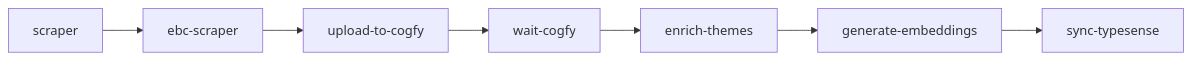
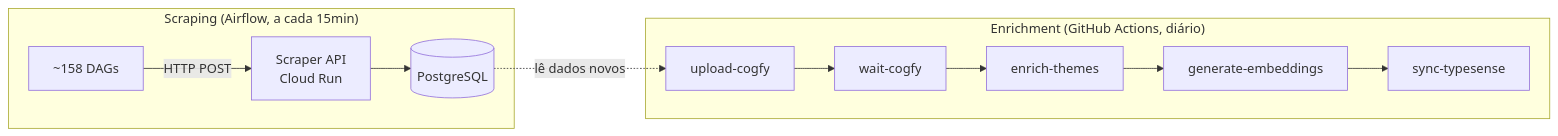
Before and after one commit to destaquesgovbr/docs: the first of 2 diagrams in docs/workflows/scraper-pipeline.md, drawn with Mermaid. The commit also changed other lines of this file and 6 other files, not shown here.

````diff
--- a/docs/workflows/scraper-pipeline.md
+++ b/docs/workflows/scraper-pipeline.md
@@ -11,9 +12,16 @@
 ```mermaid
 flowchart LR
-    A[scraper] --> B[ebc-scraper]
-    B --> C[upload-to-cogfy]
-    C --> D[wait-cogfy]
-    D --> E[enrich-themes]
-    E --> F[generate-embeddings]
-    F --> G[sync-typesense]
+    subgraph "Scraping (Airflow, a cada 15min)"
+        DAG[~158 DAGs] -->|HTTP POST| API[Scraper API<br/>Cloud Run]
+        API --> PG[(PostgreSQL)]
+    end
+
+    subgraph "Enrichment (GitHub Actions, diário)"
+        UC[upload-cogfy] --> W[wait-cogfy]
+        W --> EN[enrich-themes]
+        EN --> EMB[generate-embeddings]
+        EMB --> TS[sync-typesense]
+    end
+
+    PG -.->|lê dados novos| UC
 ```
````
